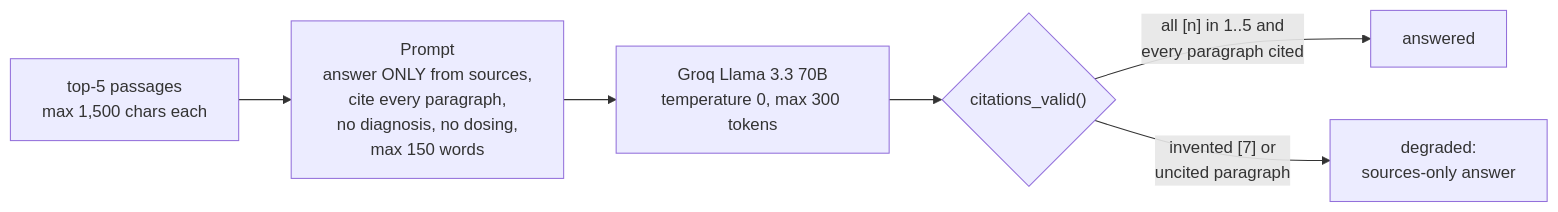
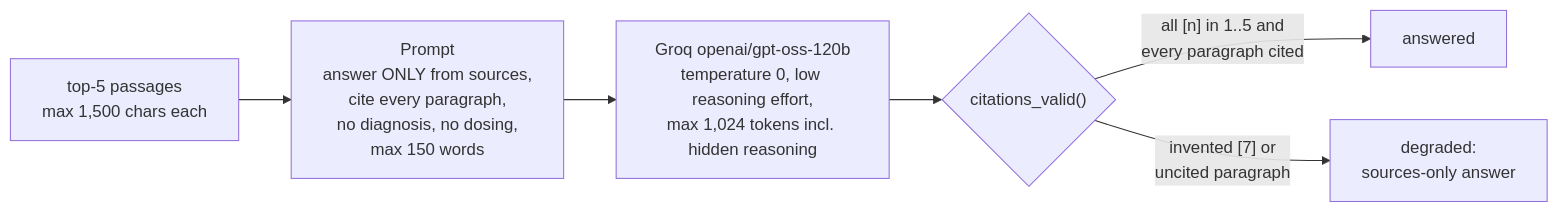
Before and after one commit to pavanaditya123/healthcare-rag-assistant: the sixth of 14 diagrams in README.md, drawn with Mermaid. The commit also changed other lines of this file, not shown here.

````diff
--- a/README.md
+++ b/README.md
@@ -303,8 +313,8 @@
 ```mermaid
 flowchart LR
     P["top-5 passages<br/>max 1,500 chars each"] --> PR["Prompt<br/>answer ONLY from sources,<br/>cite every paragraph,<br/>no diagnosis, no dosing,<br/>max 150 words"]
-    PR --> G["Groq Llama 3.3 70B<br/>temperature 0, max 300 tokens"]
+    PR --> G["Groq openai/gpt-oss-120b<br/>temperature 0, low reasoning effort,<br/>max 1,024 tokens incl. hidden reasoning"]
     G --> V{"citations_valid()"}
     V -- "all [n] in 1..5 and<br/>every paragraph cited" --> A["answered"]
     V -- "invented [7] or<br/>uncited paragraph" --> D["degraded:<br/>sources-only answer"]
 ```
````
